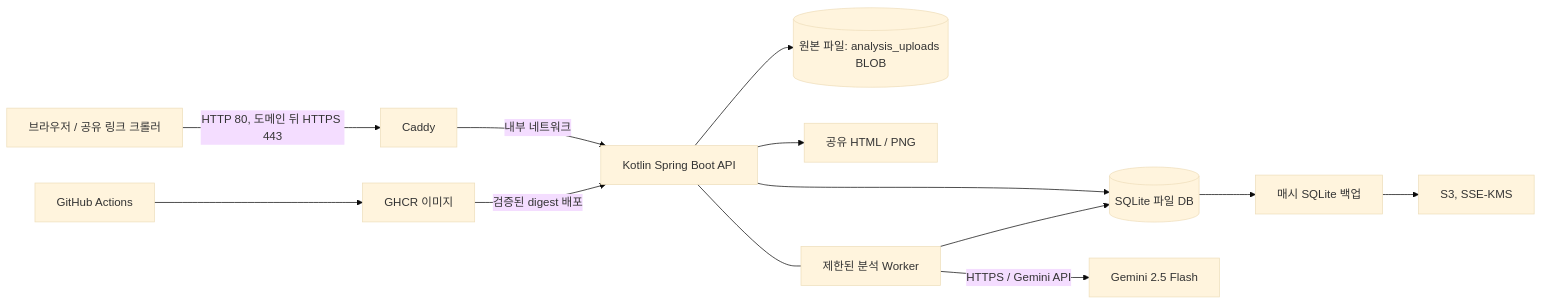
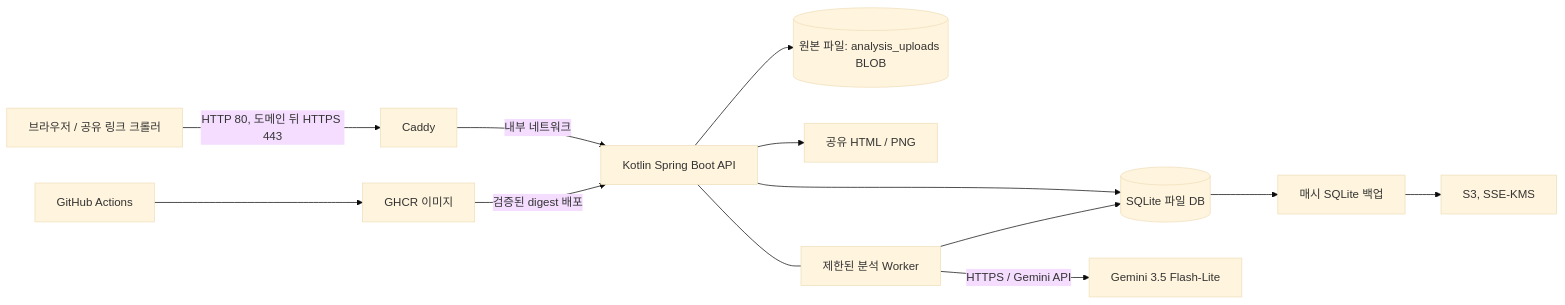
Before and after one commit to yooni9ue/santacut: the diagram in backend/docs/system-architecture.md, drawn with Mermaid (base theme). The commit also changed other lines of this file and 8 other files, not shown here.

First line of the commit message:
fix(analysis): 새 사용자에게 막힌 Gemini 2.5 Flash 대신 3.5 Flash-Lite로 채점한다

````diff
--- a/backend/docs/system-architecture.md
+++ b/backend/docs/system-architecture.md
@@ -28,15 +28,15 @@
 ```mermaid
 flowchart LR
   U[브라우저 / 공유 링크 크롤러] -->|HTTP 80, 도메인 뒤 HTTPS 443| C[Caddy]
   C -->|내부 네트워크| A[Kotlin Spring Boot API]
   A --> P[(SQLite 파일 DB)]
   A --> V[(원본 파일: analysis_uploads BLOB)]
   A --> G[공유 HTML / PNG]
   W[제한된 분석 Worker] --> P
-  W -->|HTTPS / Gemini API| AI[Gemini 2.5 Flash]
+  W -->|HTTPS / Gemini API| AI[Gemini 3.5 Flash-Lite]
   A --- W
   P --> B[매시 SQLite 백업]
   B --> O[S3, SSE-KMS]
   GH[GitHub Actions] --> R[GHCR 이미지]
   R -->|검증된 digest 배포| A
 ```
````
